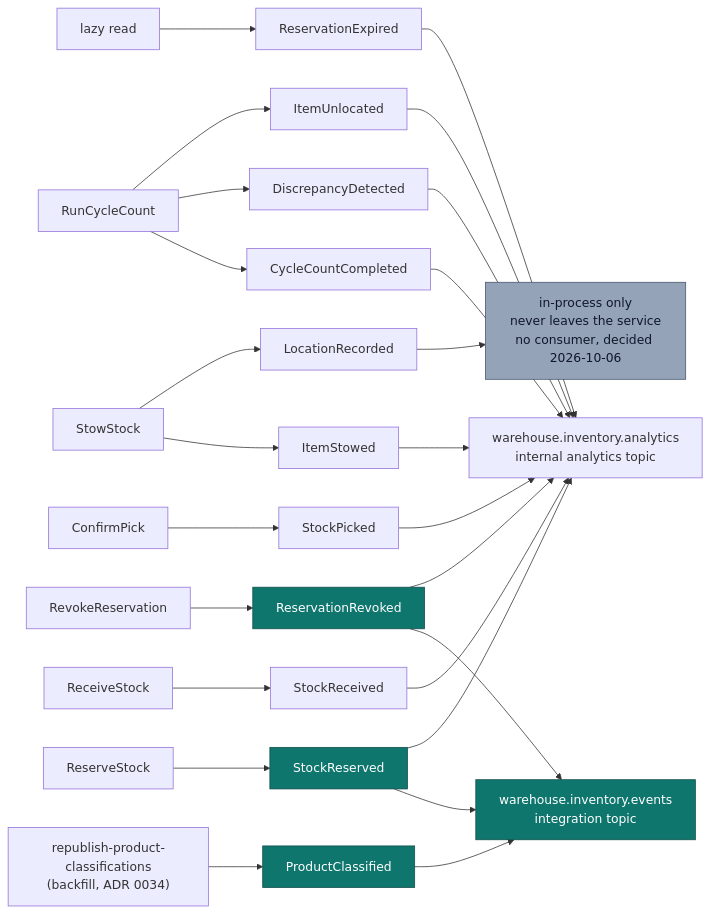
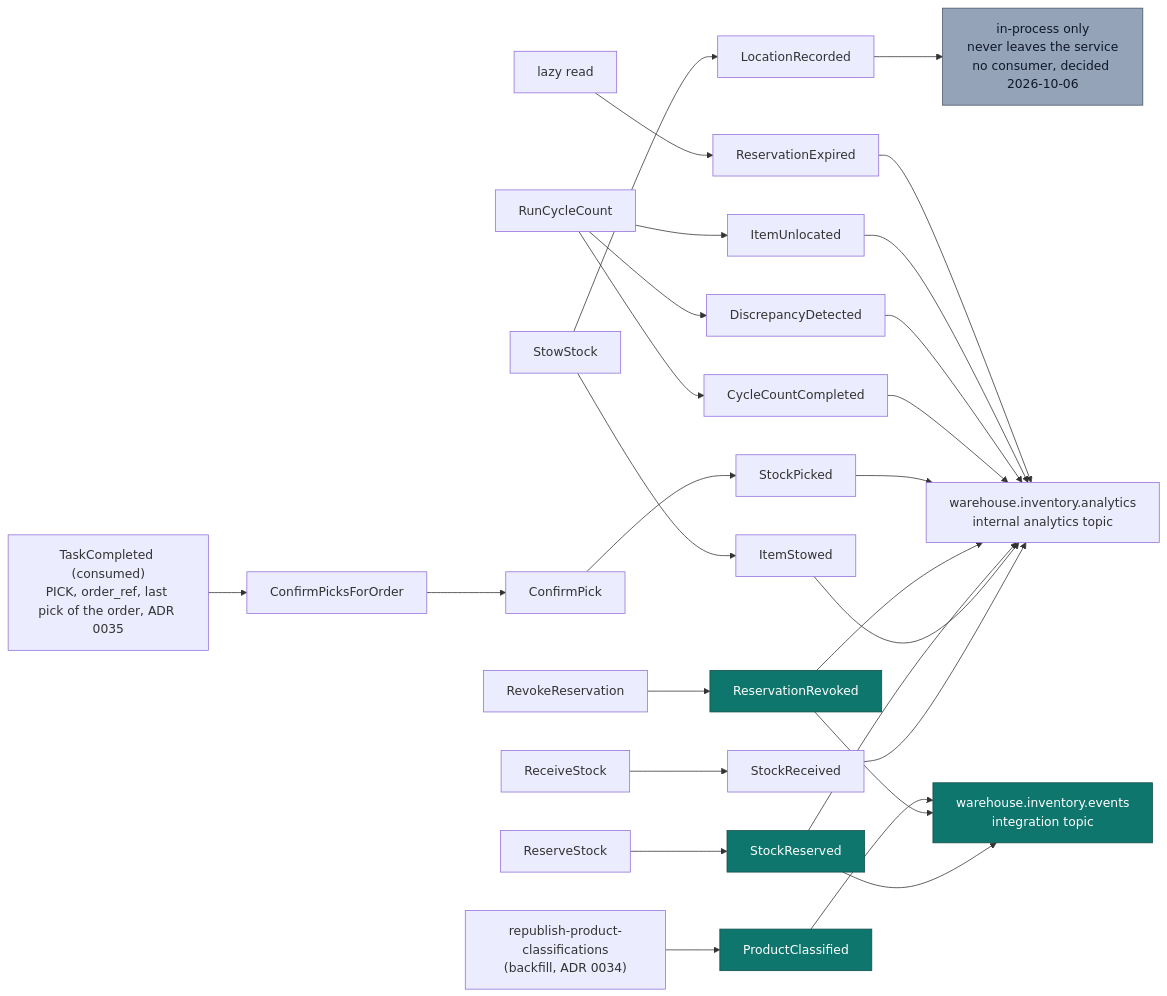
The diagram in docs/docs/ddd/domain-events.md (IQVO/inventory-storage), drawn with Mermaid before and after one commit. The commit also changed other lines of this file and 42 other files, not shown here.

First line of the commit message:
feat: confirm an order's picked reservations on its LAST pick from TaskCompleted (audit decisions 17, 17a) (#155)

````diff
--- a/docs/docs/ddd/domain-events.md
+++ b/docs/docs/ddd/domain-events.md
@@ -44,23 +44,24 @@
 ```mermaid
 flowchart LR
   RS["ReceiveStock"] --> E1["StockReceived"]
   SS["StowStock"] --> E2["ItemStowed"]
   SS --> E3["LocationRecorded"]
   RES["ReserveStock"] --> E4["StockReserved"]
   REV["RevokeReservation"] --> E5["ReservationRevoked"]
   CP["ConfirmPick"] --> E6["StockPicked"]
+  TC["TaskCompleted (consumed)<br/>PICK, order_ref, last pick of the order, ADR 0035"] --> CPO["ConfirmPicksForOrder"] --> CP
   CC["RunCycleCount"] --> E7["CycleCountCompleted"]
   CC --> E8["DiscrepancyDetected"]
   CC --> E9["ItemUnlocated"]
   EXP["lazy read"] --> E10["ReservationExpired"]
   BF["republish-product-classifications<br/>(backfill, ADR 0034)"] --> E11["ProductClassified"]
 
   E4 & E5 & E11 --> KAF["warehouse.inventory.events<br/>integration topic"]
   E1 & E2 & E4 & E5 & E6 & E7 & E8 & E9 & E10 --> ANA["warehouse.inventory.analytics<br/>internal analytics topic"]
   E3 --> LOG["in-process only<br/>never leaves the service<br/>no consumer, decided 2026-10-06"]
 
   classDef wired fill:#0f766e,stroke:#134e4a,color:#fff;
   classDef local fill:#94a3b8,stroke:#475569,color:#0f172a;
   class E4,E5,E11,KAF wired;
   class LOG local;
 ```
````
